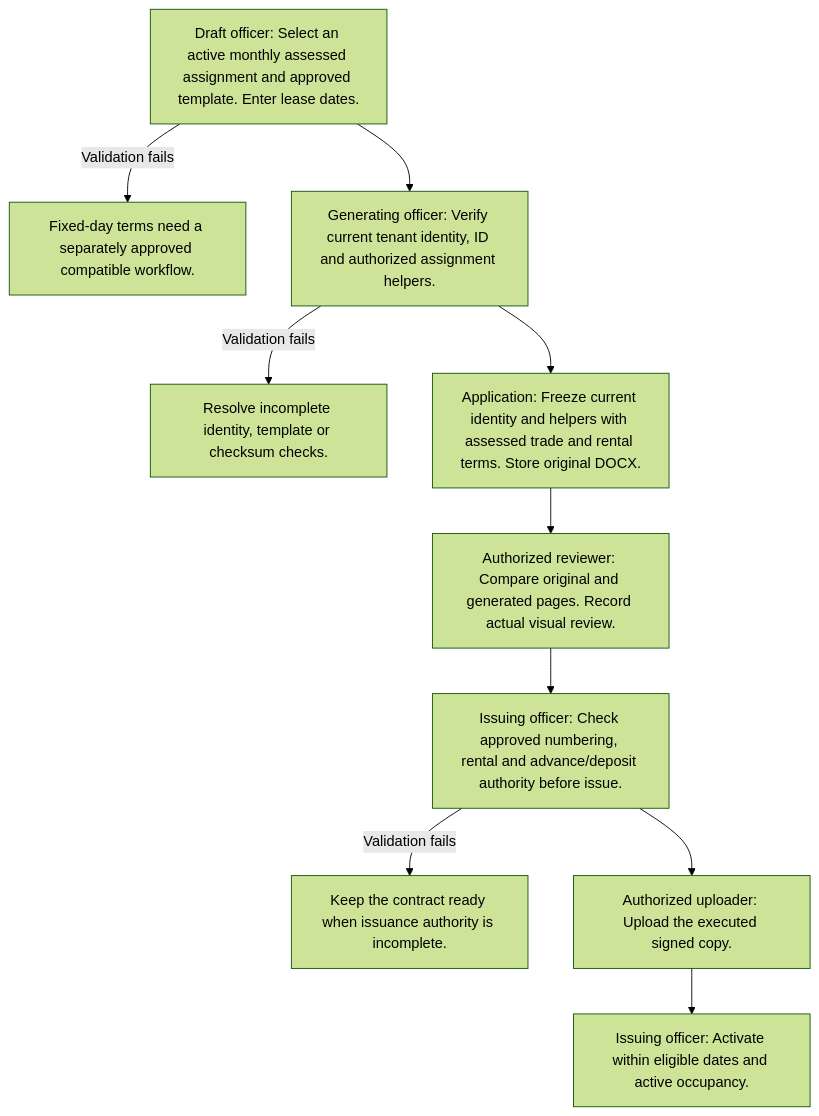
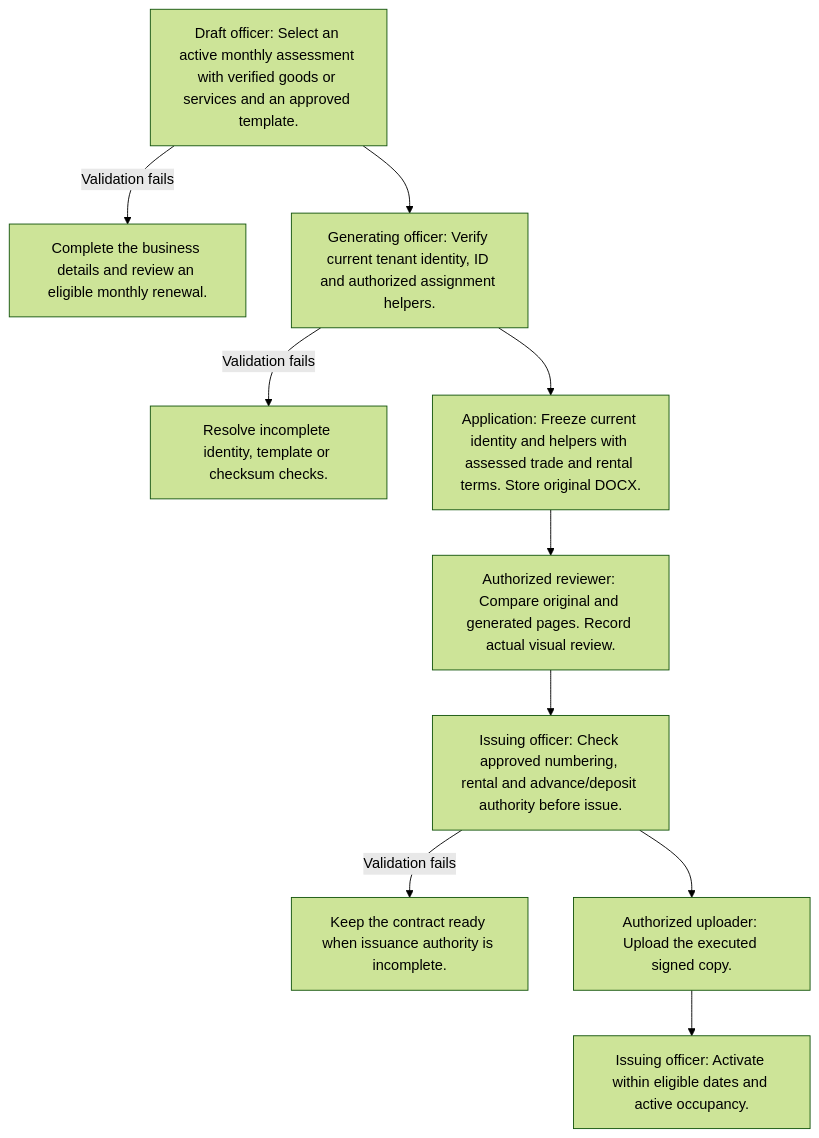
One commit to byte-vnz/markethub changed the diagram in docs/user-manual/workflows/05-contract.mmd. Above: the diagram before and after it, drawn with Mermaid (forest theme). The commit also changed 170 other files, not shown here.

Commit message:
Support v04 lease templates and optional assignment details

```diff
--- a/docs/user-manual/workflows/05-contract.mmd
+++ b/docs/user-manual/workflows/05-contract.mmd
@@ -1,17 +1,17 @@
 flowchart TD
-    N0["Draft officer: Select an active monthly assessed assignment and approved template. Enter lease dates."]
-    N0 -->|Validation fails| F0["Fixed-day terms need a separately approved compatible workflow."]
+    N0["Draft officer: Select an active monthly assessment with verified goods or services and an approved template."]
+    N0 -->|Validation fails| F0["Complete the business details and review an eligible monthly renewal."]
     N1["Generating officer: Verify current tenant identity, ID and authorized assignment helpers."]
     N0 --> N1
     N1 -->|Validation fails| F1["Resolve incomplete identity, template or checksum checks."]
     N2["Application: Freeze current identity and helpers with assessed trade and rental terms. Store original DOCX."]
     N1 --> N2
     N3["Authorized reviewer: Compare original and generated pages. Record actual visual review."]
     N2 --> N3
     N4["Issuing officer: Check approved numbering, rental and advance/deposit authority before issue."]
     N3 --> N4
     N4 -->|Validation fails| F4["Keep the contract ready when issuance authority is incomplete."]
     N5["Authorized uploader: Upload the executed signed copy."]
     N4 --> N5
     N6["Issuing officer: Activate within eligible dates and active occupancy."]
     N5 --> N6
```
